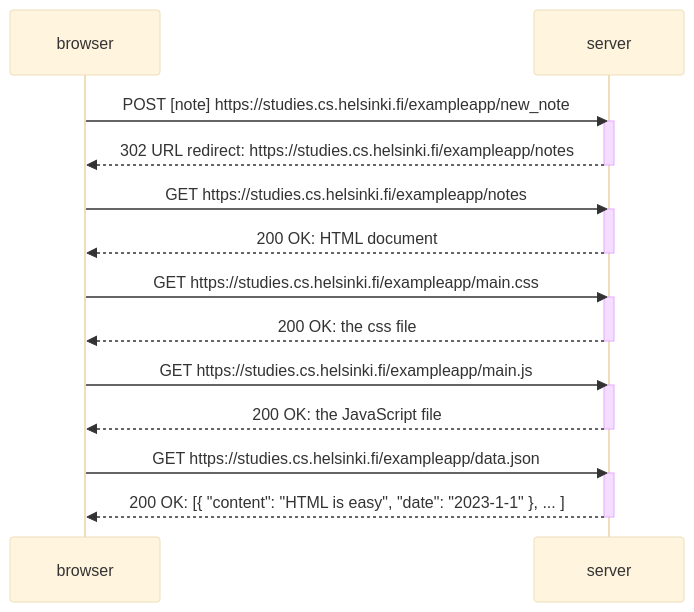
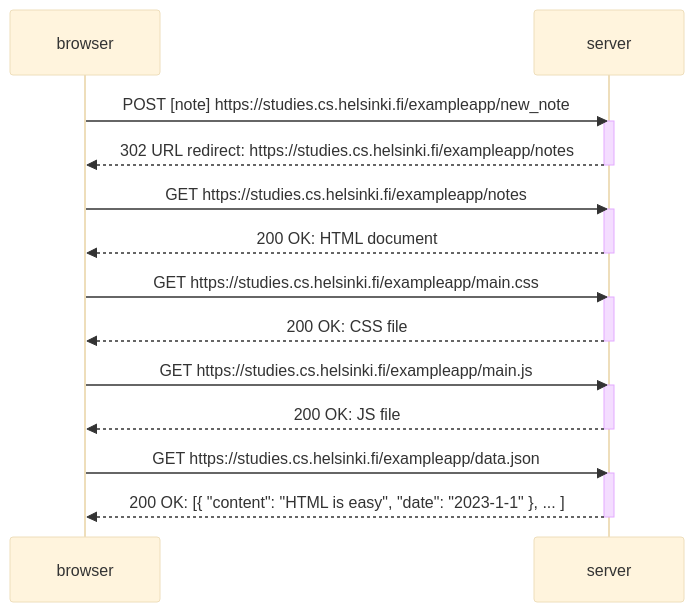
Before and after one commit to aralids/UHelsinki-FullStack-Solutions: the diagram in part0/0-4.mmd, drawn with Mermaid (base theme).

```diff
--- a/part0/0-4.mmd
+++ b/part0/0-4.mmd
@@ -1,28 +1,28 @@
 sequenceDiagram
     participant browser
     participant server
 
     browser->>server: POST [note] https://studies.cs.helsinki.fi/exampleapp/new_note
     activate server
     server-->>browser: 302 URL redirect: https://studies.cs.helsinki.fi/exampleapp/notes
     deactivate server
 
     browser->>server: GET https://studies.cs.helsinki.fi/exampleapp/notes
     activate server
     server-->>browser: 200 OK: HTML document
     deactivate server
 
     browser->>server: GET https://studies.cs.helsinki.fi/exampleapp/main.css
     activate server
-    server-->>browser: 200 OK: the css file
+    server-->>browser: 200 OK: CSS file
     deactivate server
 
     browser->>server: GET https://studies.cs.helsinki.fi/exampleapp/main.js
     activate server
-    server-->>browser: 200 OK: the JavaScript file
+    server-->>browser: 200 OK: JS file
     deactivate server
 
     browser->>server: GET https://studies.cs.helsinki.fi/exampleapp/data.json
     activate server
     server-->>browser: 200 OK: [{ "content": "HTML is easy", "date": "2023-1-1" }, ... ]
     deactivate server
```
